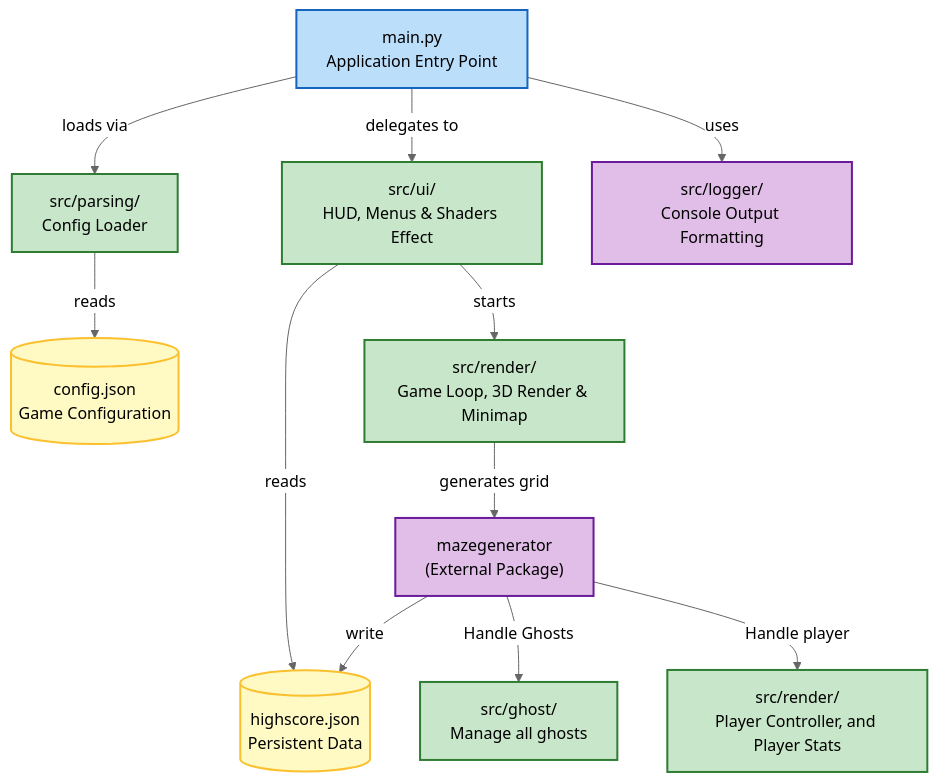
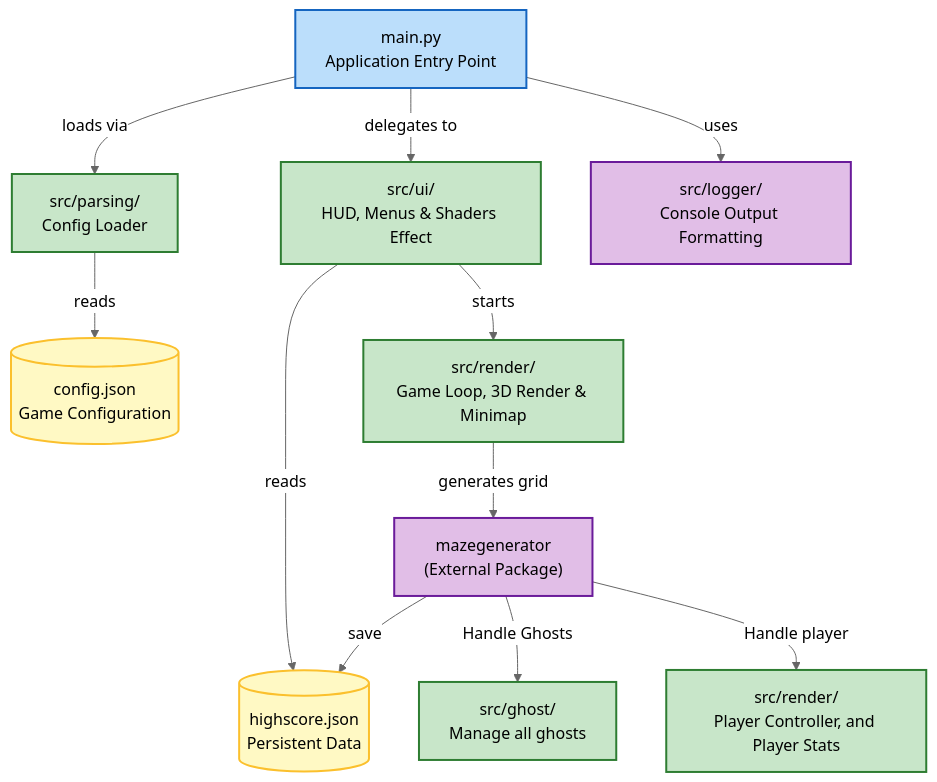
One commit to Arcanovax/Pac-Man changed the first of 2 diagrams in README.md. Above: the diagram before and after it, drawn with Mermaid (neutral theme). The commit also changed other lines of this file and 1 other file, not shown here.

````diff
--- a/README.md
+++ b/README.md
@@ -60,39 +78,39 @@
 ```mermaid
 graph TD
     %% Styles
     classDef entry fill:#BBDEFB,stroke:#1565C0,stroke-width:2px,color:black;
     classDef logic fill:#C8E6C9,stroke:#2E7D32,stroke-width:2px,color:black;
     classDef data fill:#FFF9C4,stroke:#FBC02D,stroke-width:2px,color:black;
     classDef util fill:#E1BEE7,stroke:#6A1B9A,stroke-width:2px,color:black;
 
     %% Nodes
     Main["main.py<br/>Application Entry Point"]:::entry
     
     Config[("config.json<br/>Game Configuration")]:::data
     Highscores[("highscore.json<br/>Persistent Data")]:::data
     
     Parsing["src/parsing/<br/>Config Loader"]:::logic
     Render["src/render/<br/>Game Loop, 3D Render & Minimap"]:::logic
     UI["src/ui/<br/>HUD, Menus & Shaders Effect"]:::logic
     
     Logger["src/logger/<br/>Console Output Formatting"]:::util
     MazeGen["mazegenerator<br/>(External Package)"]:::util
     Player_Controller["src/render/<br/>Player Controller, and Player Stats "]:::logic
     Ghosts["src/ghost/<br/>Manage all ghosts"]:::logic
 
     Main -->|loads via| Parsing
     Parsing -->|reads| Config
     
     UI -->|starts| Render
     Main -->|delegates to| UI
     Main -->|uses| Logger
     
     UI -->|reads| Highscores
-    MazeGen -->|write| Highscores
+    MazeGen -->|save| Highscores
     Render -->|generates grid| MazeGen
 
     MazeGen -->|Handle Ghosts| Ghosts
     MazeGen -->|Handle player| Player_Controller
 
 
 ```
````
